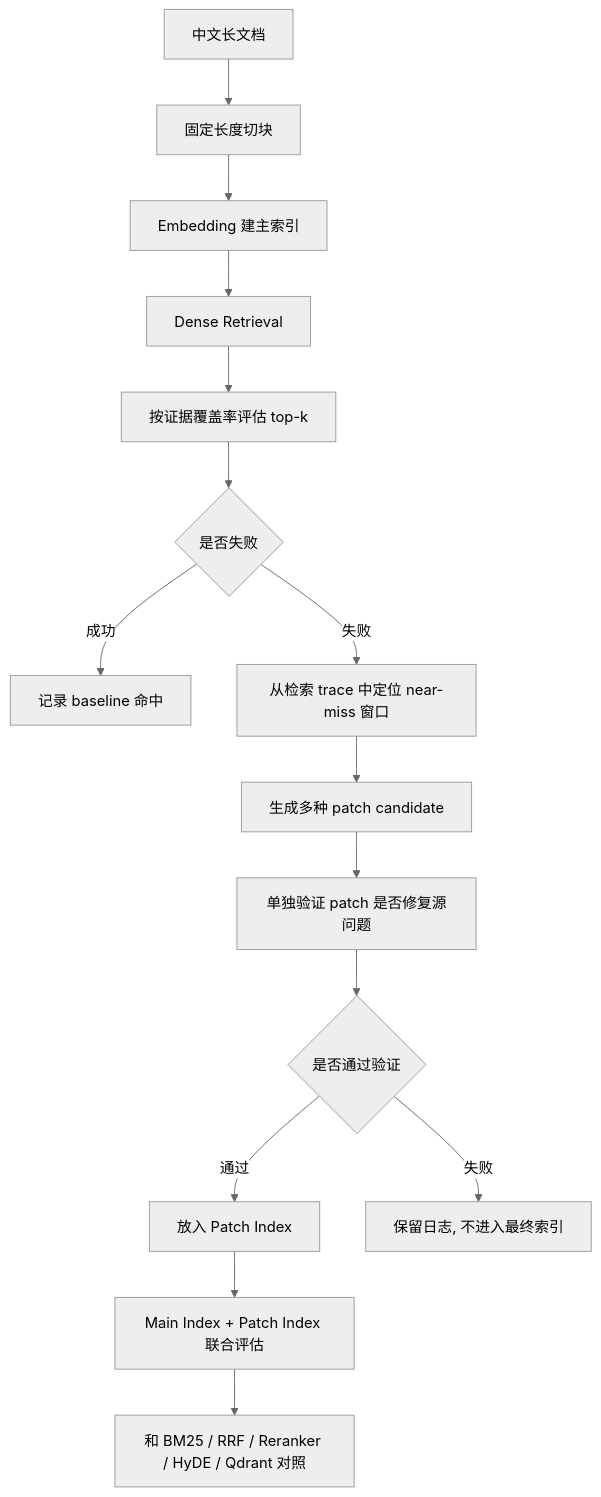
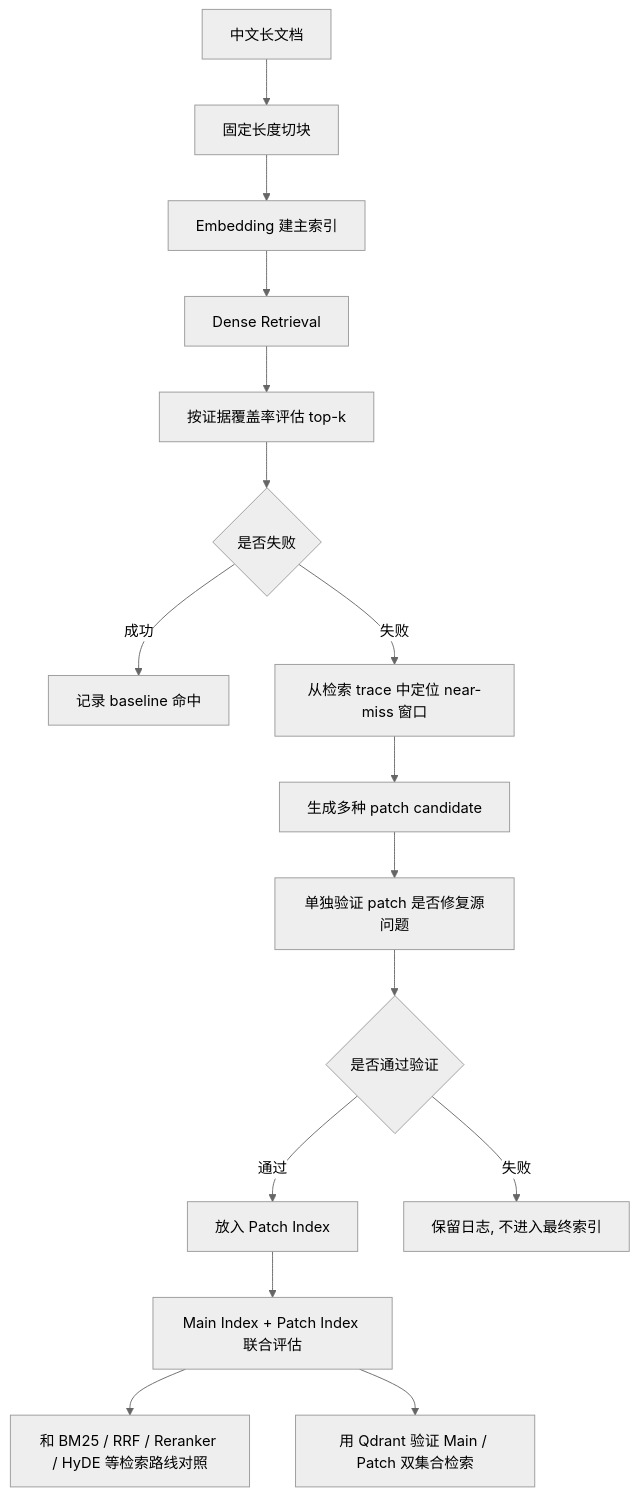
The diagram in README.md (TONG-LING/recallrag), drawn with Mermaid (neutral theme) before and after one commit. The commit also changed other lines of this file, not shown here.

Commit message:
docs: separate qdrant from retrieval baselines

````diff
--- a/README.md
+++ b/README.md
@@ -17,17 +17,18 @@
 ```mermaid
 flowchart TD
     A[中文长文档] --> B[固定长度切块]
     B --> C[Embedding 建主索引]
     C --> D[Dense Retrieval]
     D --> E[按证据覆盖率评估 top-k]
     E --> F{是否失败}
     F -->|成功| G[记录 baseline 命中]
     F -->|失败| H[从检索 trace 中定位 near-miss 窗口]
     H --> I[生成多种 patch candidate]
     I --> J[单独验证 patch 是否修复源问题]
     J --> K{是否通过验证}
     K -->|通过| L[放入 Patch Index]
     K -->|失败| M[保留日志, 不进入最终索引]
     L --> N[Main Index + Patch Index 联合评估]
-    N --> O[和 BM25 / RRF / Reranker / HyDE / Qdrant 对照]
+    N --> O[和 BM25 / RRF / Reranker / HyDE 等检索路线对照]
+    N --> P[用 Qdrant 验证 Main / Patch 双集合检索]
 ```
````
